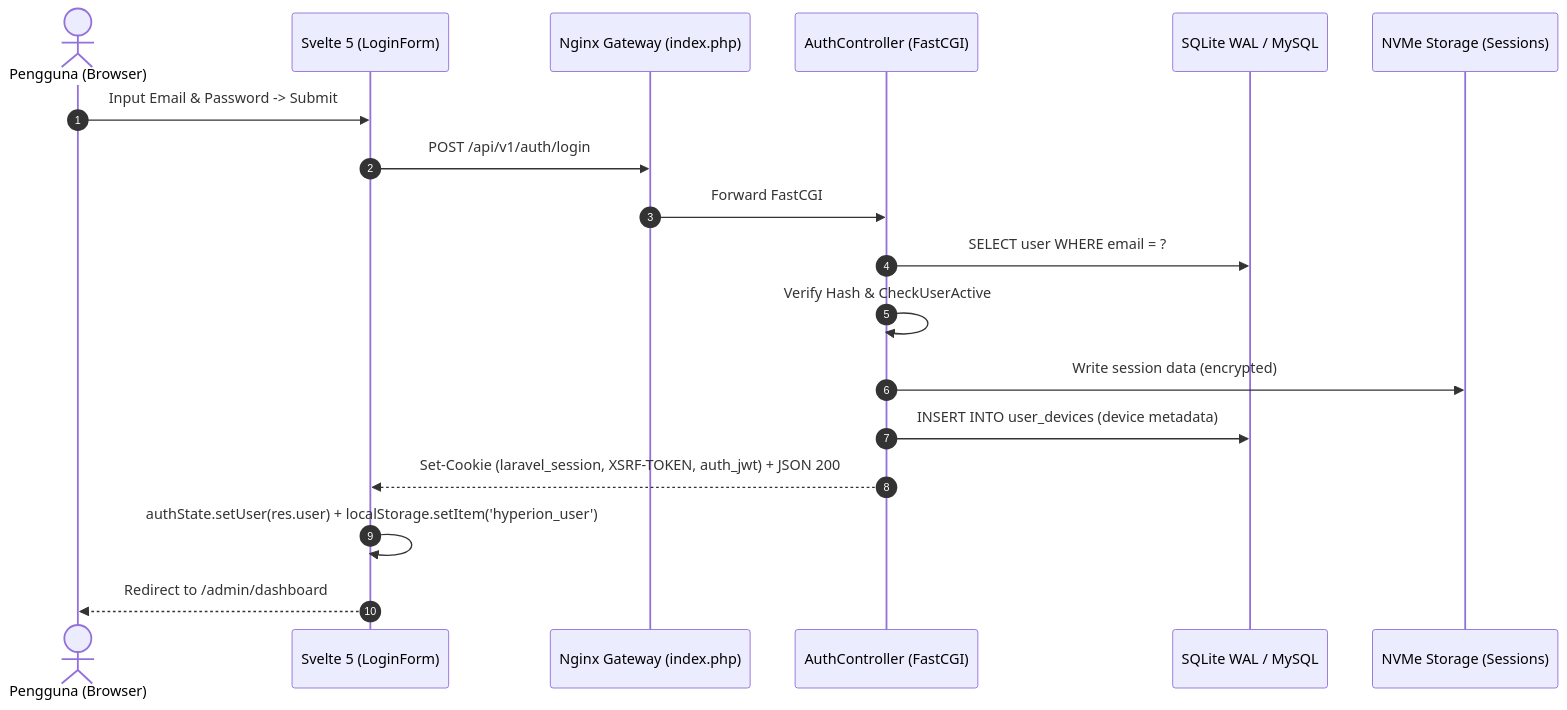
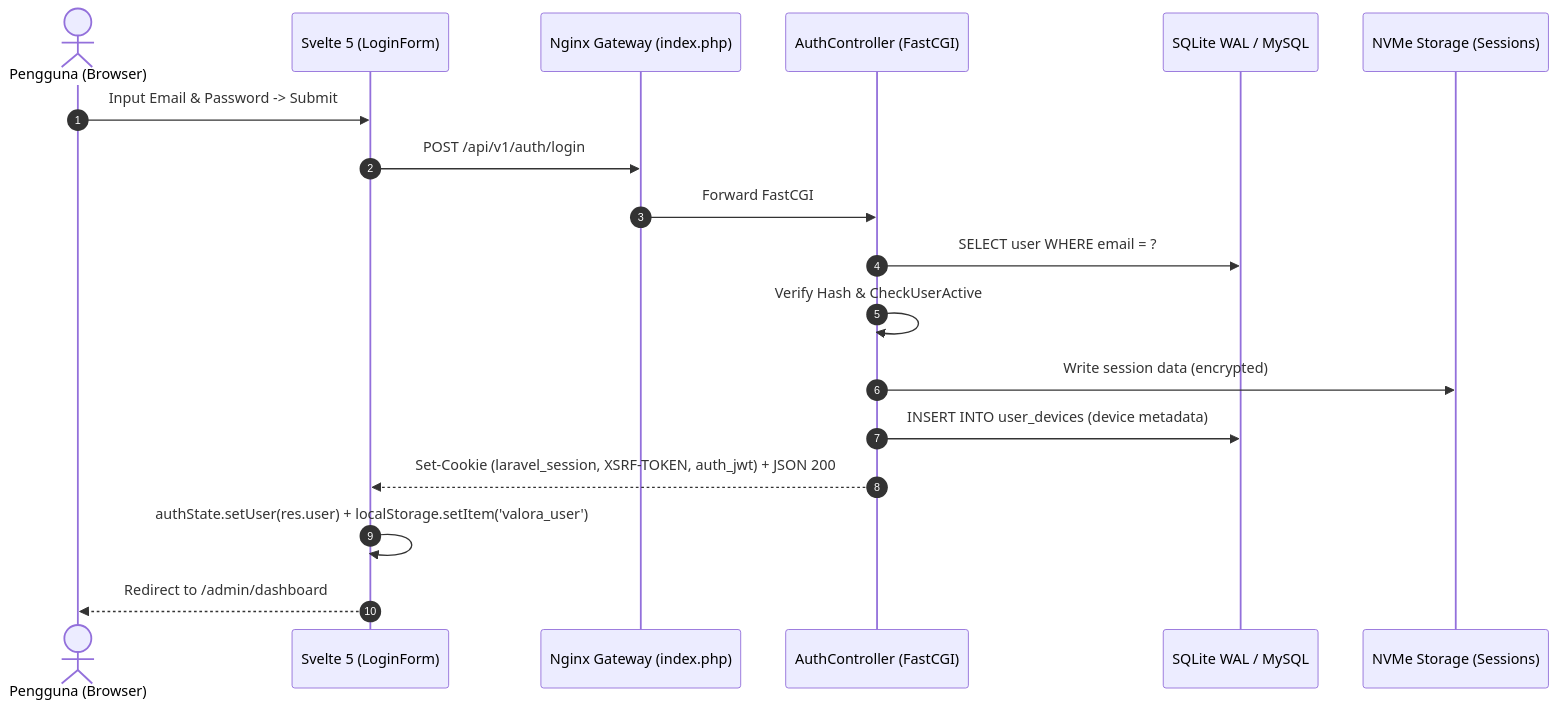
Before and after one commit to misbahudin98/valora-vault: the second of 2 diagrams in doc/features/01_auth_session.md, drawn with Mermaid. The commit also changed other lines of this file and 107 other files, not shown here.

````diff
--- a/doc/features/01_auth_session.md
+++ b/doc/features/01_auth_session.md
@@ -154,21 +154,21 @@
 ```mermaid
 sequenceDiagram
     autonumber
     actor U as Pengguna (Browser)
     participant S as Svelte 5 (LoginForm)
     participant G as Nginx Gateway (index.php)
     participant C as AuthController (FastCGI)
     participant D as SQLite WAL / MySQL
     participant FS as NVMe Storage (Sessions)
 
     U->>S: Input Email & Password -> Submit
     S->>G: POST /api/v1/auth/login
     G->>C: Forward FastCGI
     C->>D: SELECT user WHERE email = ?
     C->>C: Verify Hash & CheckUserActive
     C->>FS: Write session data (encrypted)
     C->>D: INSERT INTO user_devices (device metadata)
     C-->>S: Set-Cookie (laravel_session, XSRF-TOKEN, auth_jwt) + JSON 200
-    S->>S: authState.setUser(res.user) + localStorage.setItem('hyperion_user')
+    S->>S: authState.setUser(res.user) + localStorage.setItem('valora_user')
     S-->>U: Redirect to /admin/dashboard
 ```
````
